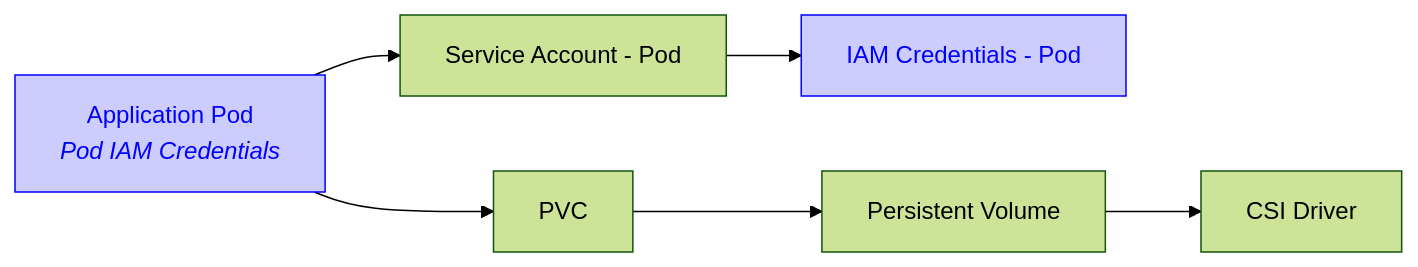
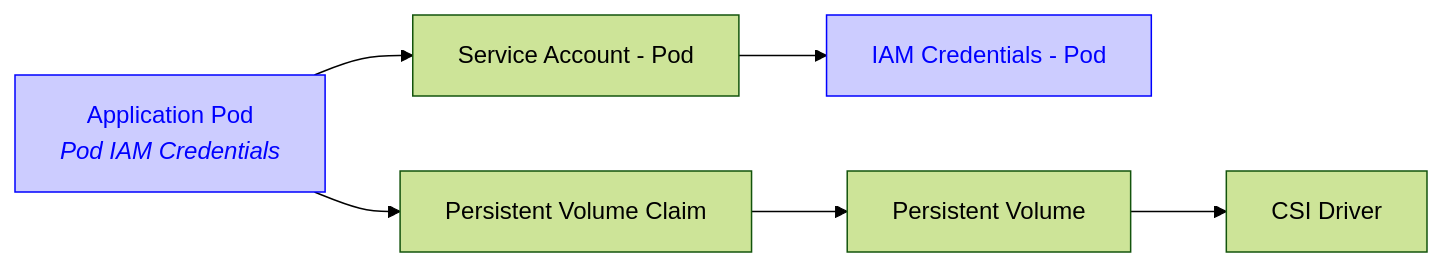
One commit to awslabs/mountpoint-s3-csi-driver changed the fifth of 6 diagrams in docs/CONFIGURATION.md. Above: the diagram before and after it, drawn with Mermaid (forest theme). The commit also changed other lines of this file, not shown here.

Commit message:
Improve consistency of PVC in CONFIGURATION.md

````diff
--- a/docs/CONFIGURATION.md
+++ b/docs/CONFIGURATION.md
@@ -315,28 +315,28 @@
 ```mermaid
 graph LR;
     CSI[CSI Driver]
 
     P["`Application Pod
     *Pod IAM Credentials*`"]
 
     SA_P[Service Account - Pod]
 
     IAM_P[IAM Credentials - Pod]
 
     PV[Persistent Volume]
-    PVC[PVC]
+    PVC[Persistent Volume Claim]
 
     P --> PVC
 
     PVC --> PV
 
     PV --> CSI
 
     P --> SA_P
 
     SA_P --> IAM_P
 
 
     style IAM_P stroke:#0000ff,fill:#ccccff,color:#0000ff
     style P stroke:#0000ff,fill:#ccccff,color:#0000ff
 ```
````
